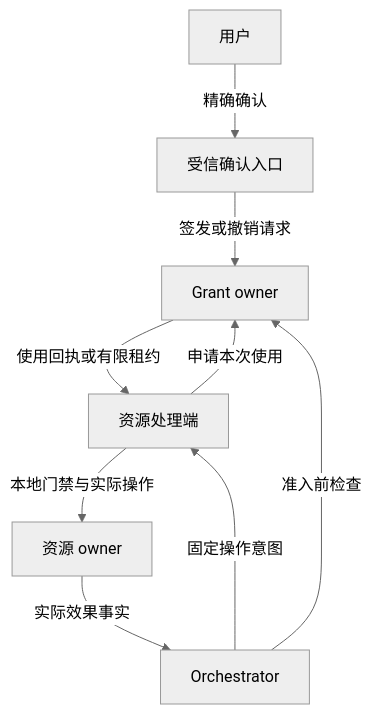
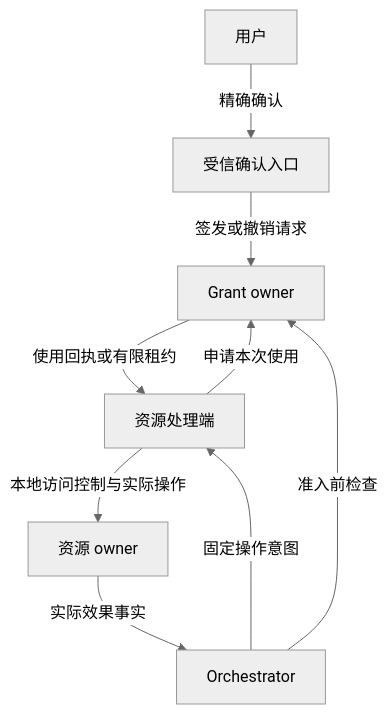
The first of 3 diagrams in docs/architecture/security/README.md (ruipengliu/lerna), drawn with Mermaid (neutral theme) before and after one commit. The commit also changed other lines of this file and 205 other files, not shown here.

Commit message:
docs: unify architecture terminology

````diff
--- a/docs/architecture/security/README.md
+++ b/docs/architecture/security/README.md
@@ -17,11 +19,11 @@
 ```mermaid
 flowchart TB
     U[用户] -->|精确确认| UI[受信确认入口]
     UI -->|签发或撤销请求| A[Grant owner]
     K[Orchestrator] -->|准入前检查| A
     K -->|固定操作意图| E[资源处理端]
     E -->|申请本次使用| A
-    E -->|本地门禁与实际操作| R[资源 owner]
+    E -->|本地访问控制与实际操作| R[资源 owner]
     A -->|使用回执或有限租约| E
     R -->|实际效果事实| K
 ```
````
